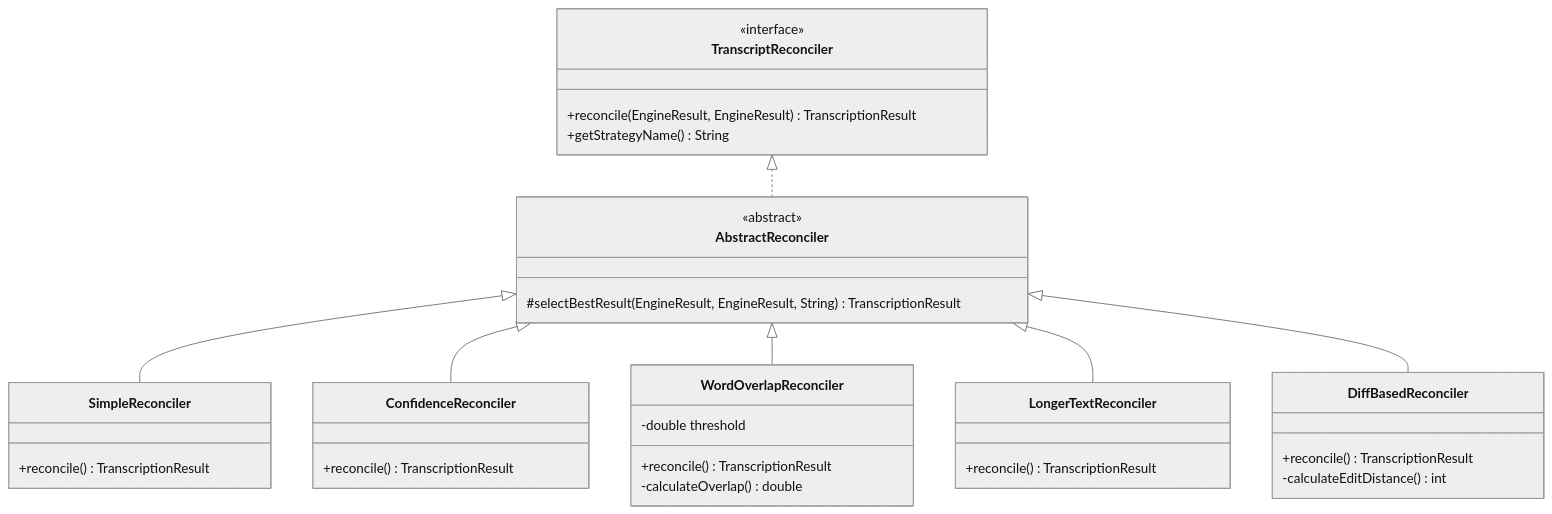
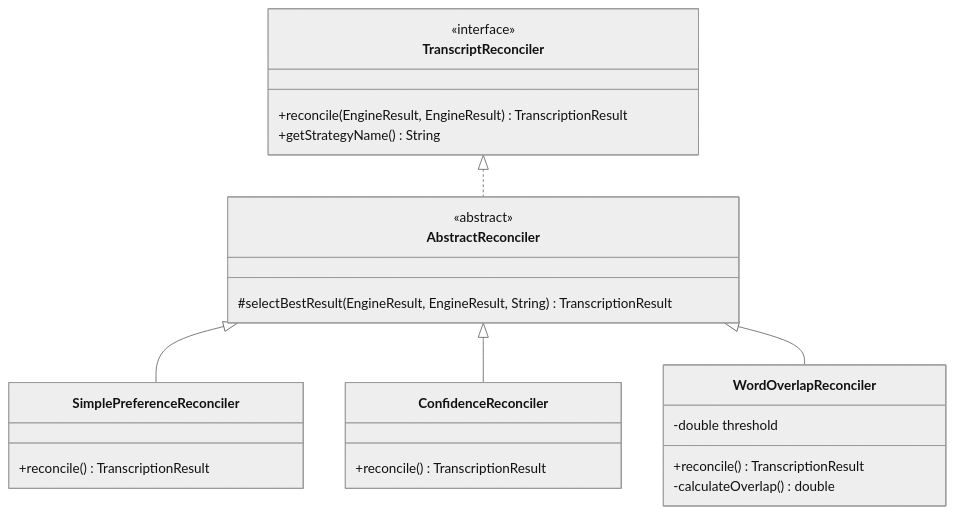
Before and after one commit to phillippitts/speakToMack: the second of 9 diagrams in docs/diagrams/class-dependencies.md, drawn with Mermaid (neutral theme). The commit also changed other lines of this file and 18 other files, not shown here.

````diff
--- a/docs/diagrams/class-dependencies.md
+++ b/docs/diagrams/class-dependencies.md
@@ -72,43 +72,32 @@
 ```mermaid
 classDiagram
     class TranscriptReconciler {
         <<interface>>
         +reconcile(EngineResult, EngineResult) TranscriptionResult
         +getStrategyName() String
     }
 
     class AbstractReconciler {
         <<abstract>>
         #selectBestResult(EngineResult, EngineResult, String) TranscriptionResult
     }
 
-    class SimpleReconciler {
+    class SimplePreferenceReconciler {
         +reconcile() TranscriptionResult
     }
 
     class ConfidenceReconciler {
         +reconcile() TranscriptionResult
     }
 
     class WordOverlapReconciler {
         -double threshold
         +reconcile() TranscriptionResult
         -calculateOverlap() double
     }
 
-    class LongerTextReconciler {
-        +reconcile() TranscriptionResult
-    }
-
-    class DiffBasedReconciler {
-        +reconcile() TranscriptionResult
-        -calculateEditDistance() int
-    }
-
     TranscriptReconciler <|.. AbstractReconciler
-    AbstractReconciler <|-- SimpleReconciler
+    AbstractReconciler <|-- SimplePreferenceReconciler
     AbstractReconciler <|-- ConfidenceReconciler
     AbstractReconciler <|-- WordOverlapReconciler
-    AbstractReconciler <|-- LongerTextReconciler
-    AbstractReconciler <|-- DiffBasedReconciler
 ```
````
